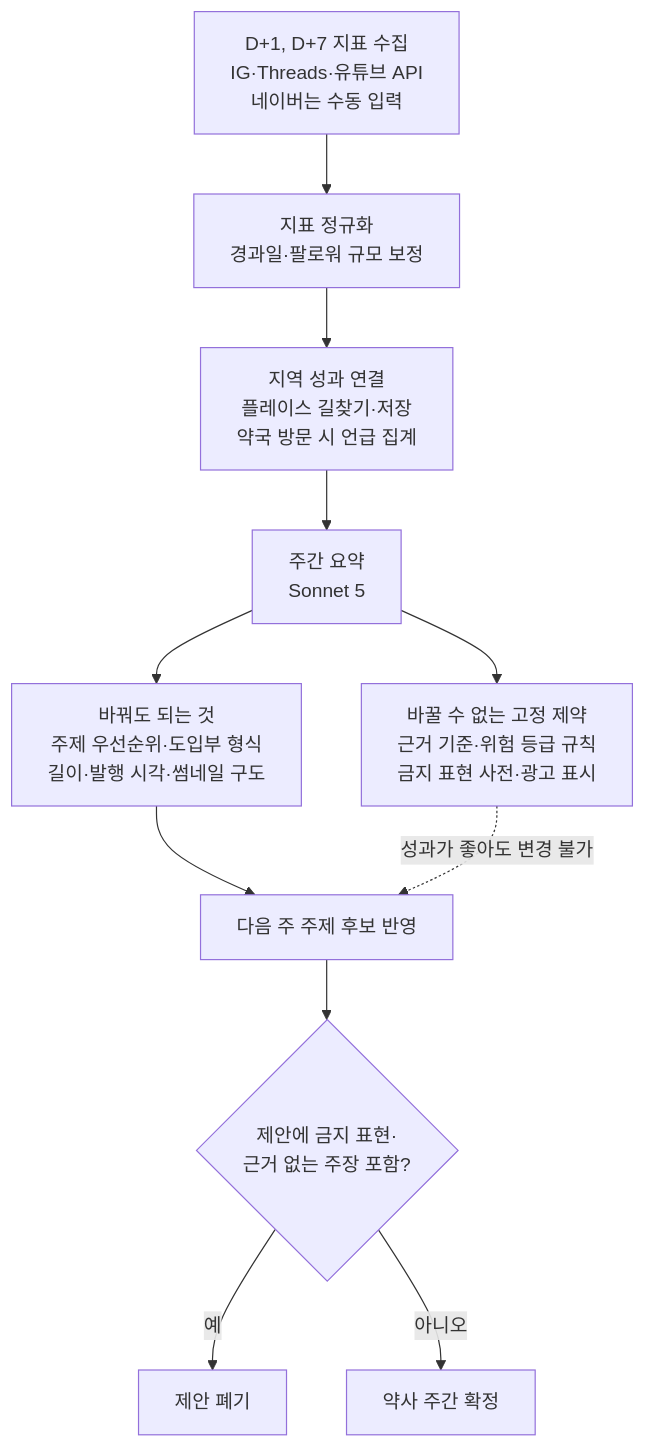
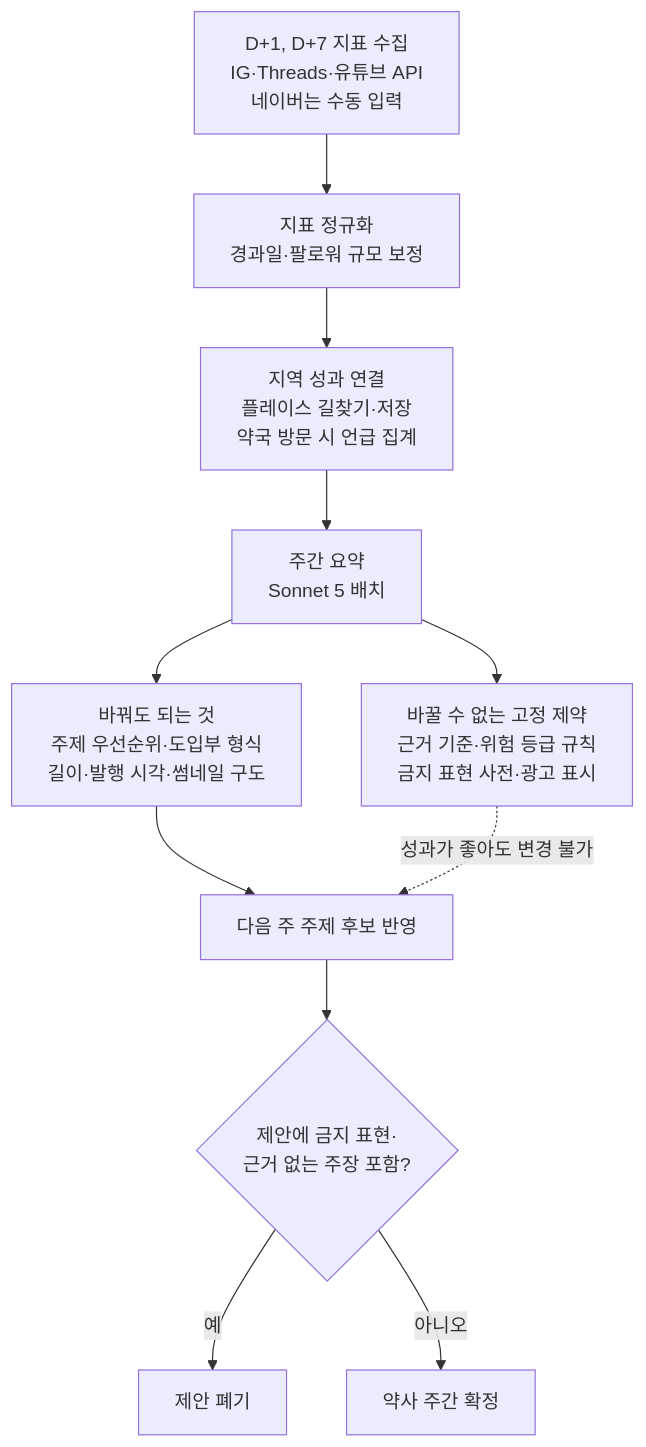
Before and after one commit to wsh7254-cloud/SY-Medi: the fourth of 7 diagrams in docs/content-system-design.md, drawn with Mermaid. The commit also changed other lines of this file and 1 other file, not shown here.

````diff
--- a/docs/content-system-design.md
+++ b/docs/content-system-design.md
@@ -214,13 +330,13 @@
 ```mermaid
 flowchart TD
     D1["D+1, D+7 지표 수집<br/>IG·Threads·유튜브 API<br/>네이버는 수동 입력"] --> N["지표 정규화<br/>경과일·팔로워 규모 보정"]
     N --> LOC["지역 성과 연결<br/>플레이스 길찾기·저장<br/>약국 방문 시 언급 집계"]
-    LOC --> WK["주간 요약<br/>Sonnet 5"]
+    LOC --> WK["주간 요약<br/>Sonnet 5 배치"]
     WK --> ALLOW["바꿔도 되는 것<br/>주제 우선순위·도입부 형식<br/>길이·발행 시각·썸네일 구도"]
     WK --> FIXED["바꿀 수 없는 고정 제약<br/>근거 기준·위험 등급 규칙<br/>금지 표현 사전·광고 표시"]
     ALLOW --> PLAN["다음 주 주제 후보 반영"]
     FIXED -. "성과가 좋아도 변경 불가" .-> PLAN
     PLAN --> Q{"제안에 금지 표현·<br/>근거 없는 주장 포함?"}
     Q -- "예" --> REJ["제안 폐기"]
     Q -- "아니오" --> P["약사 주간 확정"]
 ```
````
